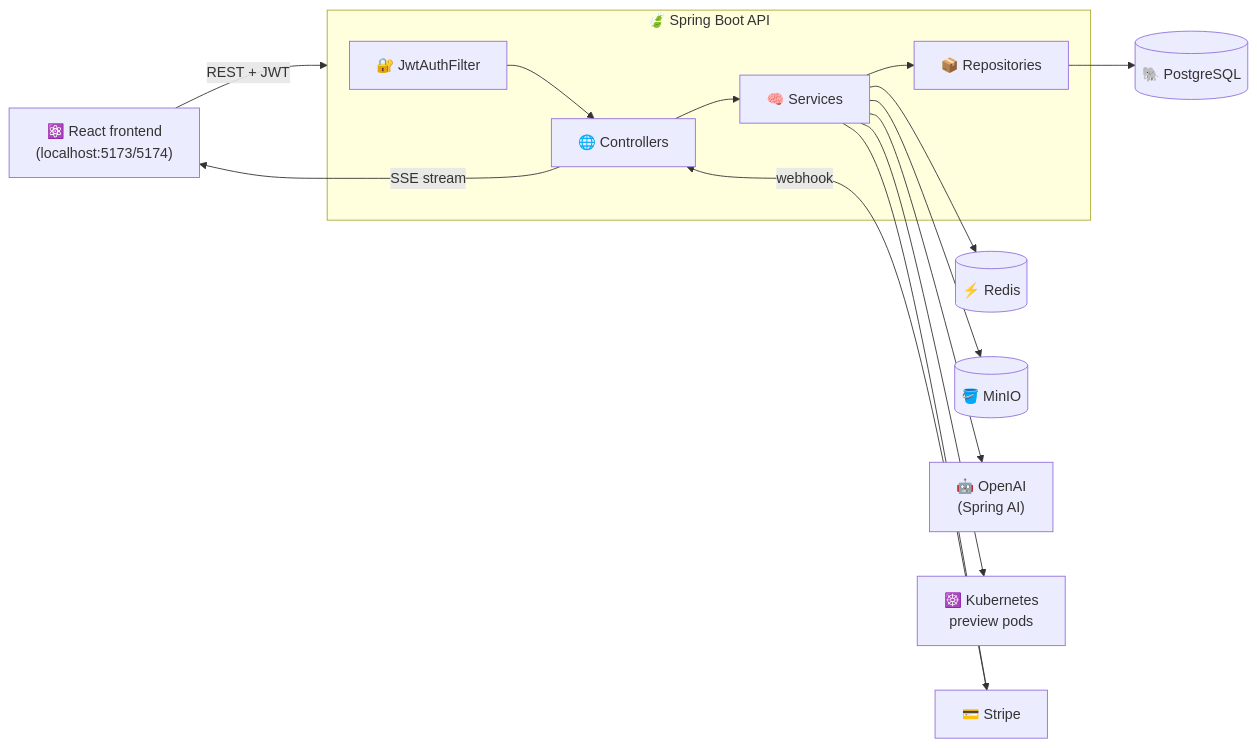
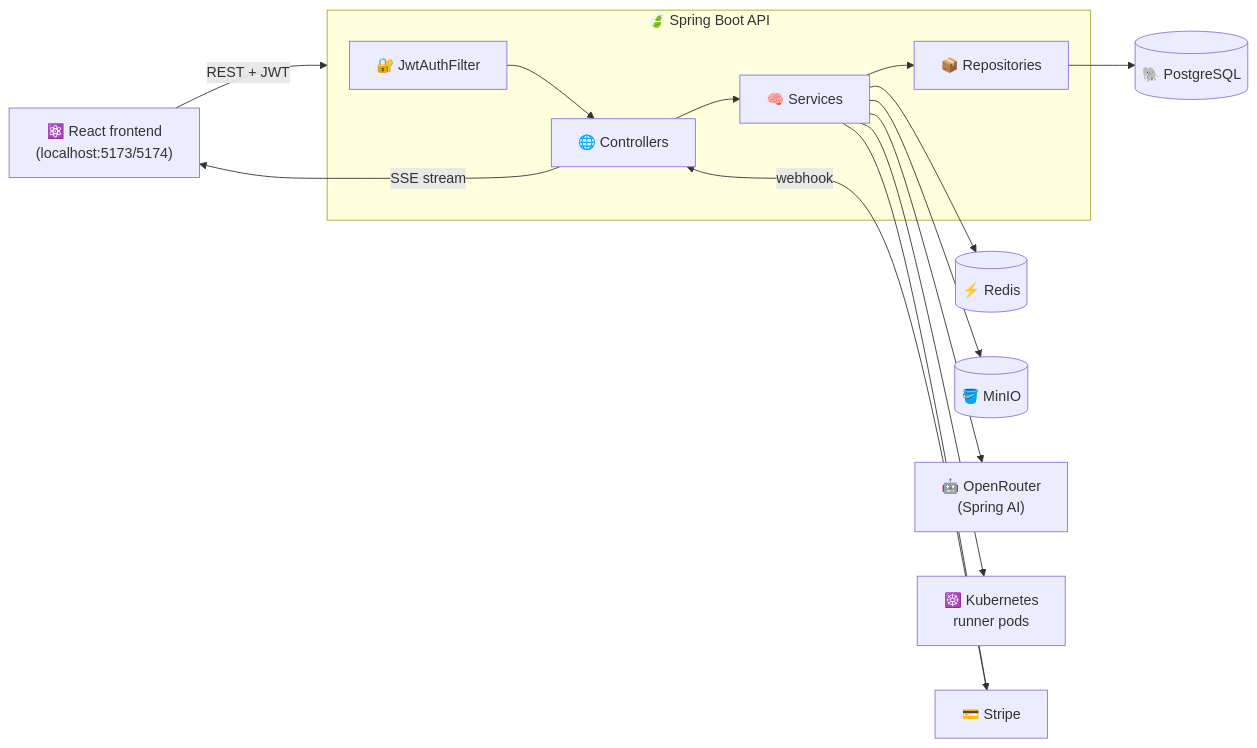
The first of 3 diagrams in README.md (Monji-Kumar/Loveable), drawn with Mermaid before and after one commit. The commit also changed other lines of this file, not shown here.

````diff
--- a/README.md
+++ b/README.md
@@ -68,19 +71,19 @@
 ```mermaid
 flowchart LR
     UI["⚛️ React frontend<br/>(localhost:5173/5174)"] -->|REST + JWT| API
 
     subgraph API["🍃 Spring Boot API"]
         F["🔐 JwtAuthFilter"] --> C["🌐 Controllers"]
         C --> S["🧠 Services"]
         S --> R["📦 Repositories"]
     end
 
     C -->|SSE stream| UI
     R --> PG[("🐘 PostgreSQL")]
     S --> RD[("⚡ Redis")]
     S --> MO[("🪣 MinIO")]
-    S --> AI["🤖 OpenAI<br/>(Spring AI)"]
-    S --> K8["☸️ Kubernetes<br/>preview pods"]
+    S --> AI["🤖 OpenRouter<br/>(Spring AI)"]
+    S --> K8["☸️ Kubernetes<br/>runner pods"]
     S --> ST["💳 Stripe"]
     ST -->|webhook| C
 ```
````
